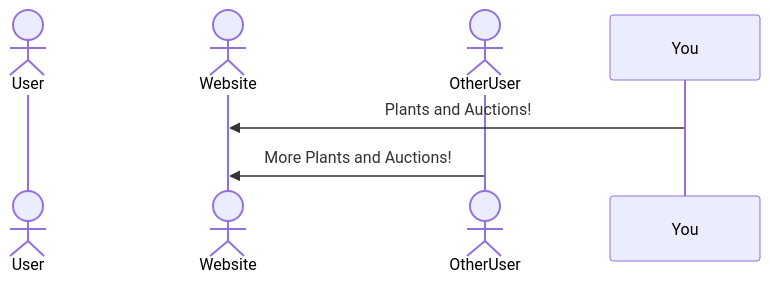
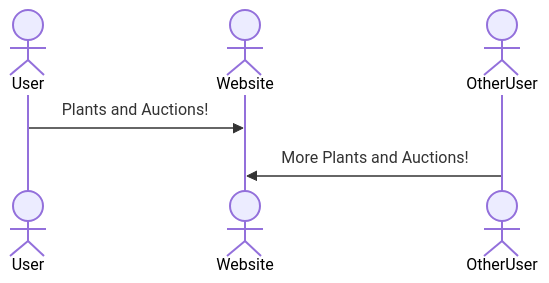
The diagram in README.md (Lmannumb/startup), drawn with Mermaid before and after one commit.

Commit message:
Specification Deliverable Update fix

````diff
--- a/README.md
+++ b/README.md
@@ -35,8 +35,8 @@
 ```mermaid
 sequenceDiagram
     actor User
     actor Website
     actor OtherUser
-    You->>Website: Plants and Auctions!
+    User->>Website: Plants and Auctions!
     OtherUser->>Website: More Plants and Auctions!
 ```
````
